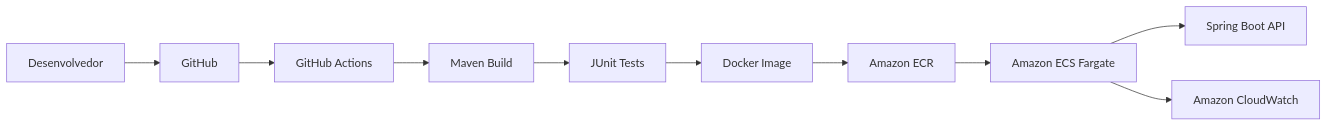
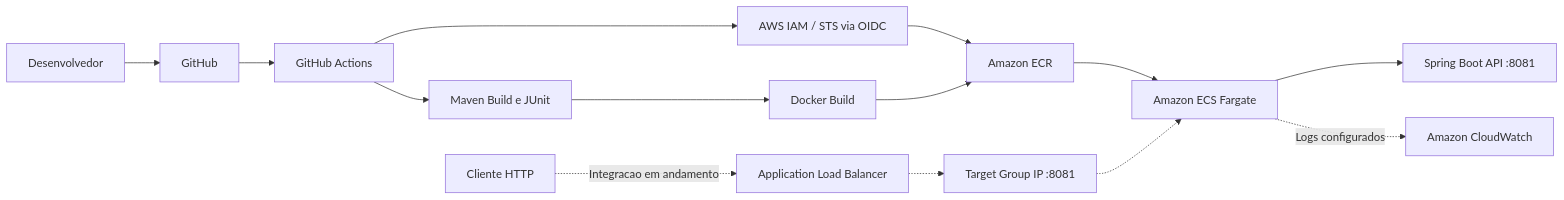
One commit to Ailton-Tech/CI-CD-automatizado-com-Docker-e-AWS changed the first of 3 diagrams in README.md. Above: the diagram before and after it, drawn with Mermaid. The commit also changed other lines of this file, not shown here.

First line of the commit message:
Enhance README with AWS deployment and CI/CD updates

````diff
--- a/README.md
+++ b/README.md
@@ -33,12 +35,16 @@
 ```mermaid
 flowchart LR
     A[Desenvolvedor] --> B[GitHub]
     B --> C[GitHub Actions]
-    C --> D[Maven Build]
-    D --> E[JUnit Tests]
-    E --> F[Docker Image]
+    C --> D[Maven Build e JUnit]
+    D --> E[Docker Build]
+    C --> F[AWS IAM / STS via OIDC]
     F --> G[Amazon ECR]
+    E --> G
     G --> H[Amazon ECS Fargate]
-    H --> I[Spring Boot API]
-    H --> J[Amazon CloudWatch]
+    U[Cliente HTTP] -. Integracao em andamento .-> L[Application Load Balancer]
+    L -.-> T[Target Group IP :8081]
+    T -.-> H
+    H --> I[Spring Boot API :8081]
+    H -. Logs configurados .-> J[Amazon CloudWatch]
 ```
````
